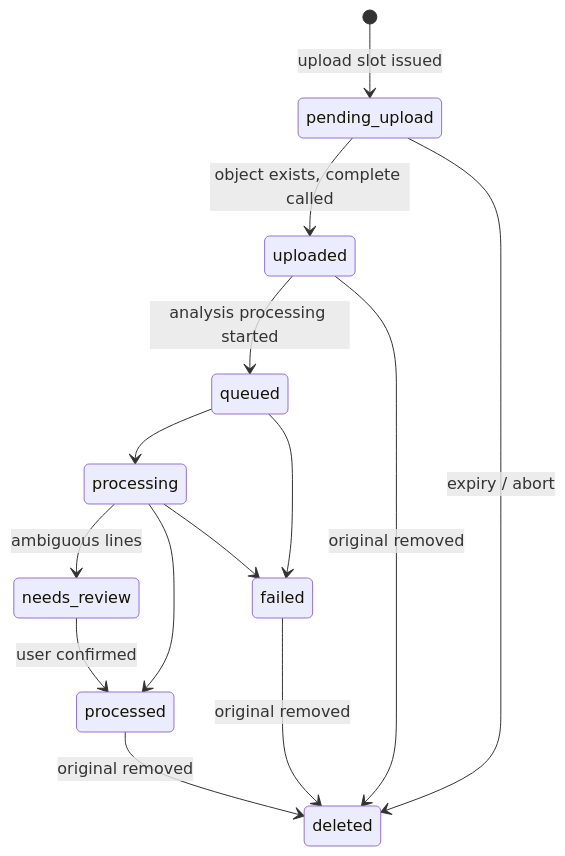
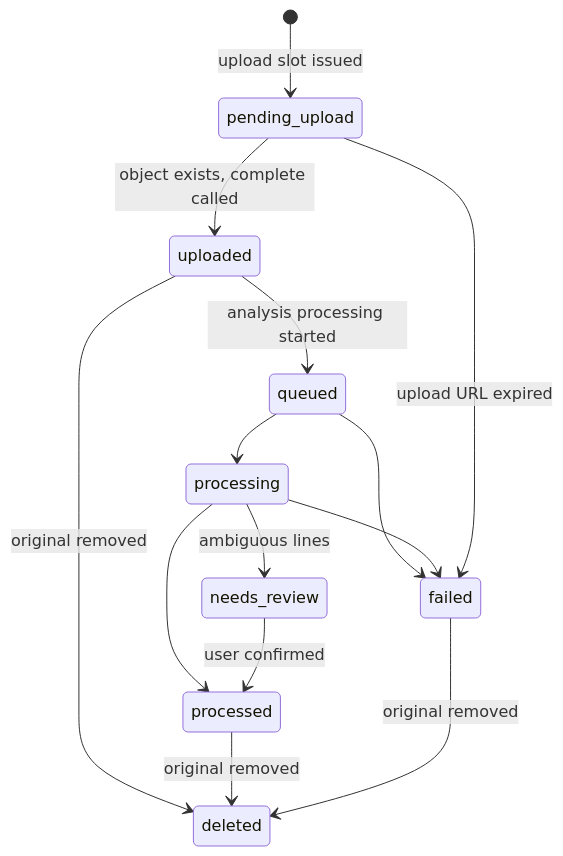
The second of 2 diagrams in docs/STATE_MACHINE.md (raul0r/lleno-contract), drawn with Mermaid before and after one commit. The commit also changed other lines of this file and 6 other files, not shown here.

````diff
--- a/docs/STATE_MACHINE.md
+++ b/docs/STATE_MACHINE.md
@@ -112,16 +113,16 @@
 ```mermaid
 stateDiagram-v2
     [*] --> pending_upload: upload slot issued
     pending_upload --> uploaded: object exists, complete called
     uploaded --> queued: analysis processing started
     queued --> processing
     processing --> needs_review: ambiguous lines
     processing --> processed
     needs_review --> processed: user confirmed
     queued --> failed
     processing --> failed
-    pending_upload --> deleted: expiry / abort
+    pending_upload --> failed: upload URL expired
     uploaded --> deleted: original removed
     processed --> deleted: original removed
     failed --> deleted: original removed
 ```
````
